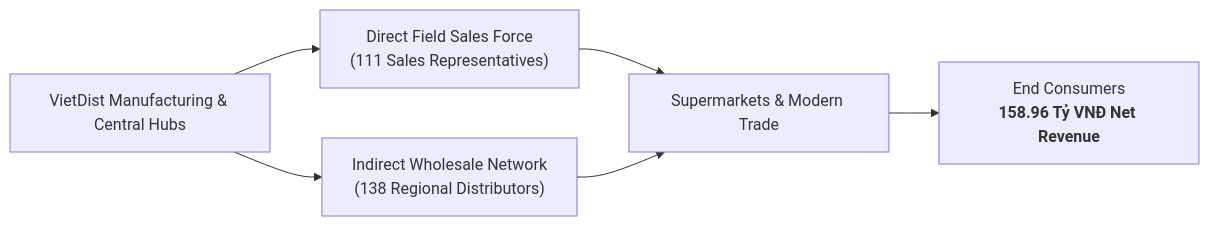
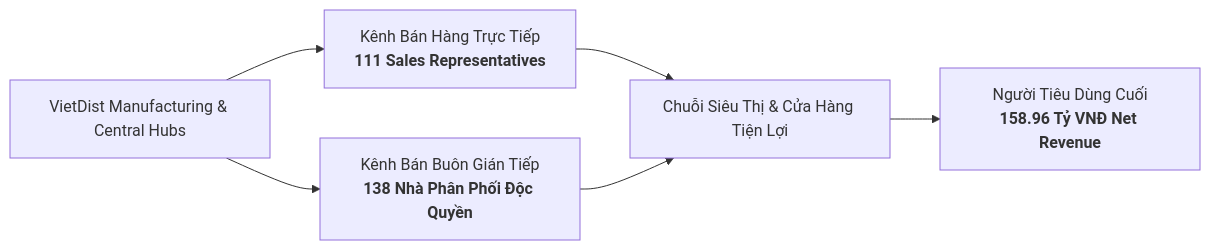
Before and after one commit to thunx280-ctrl/medallion-datapipeline: the first of 5 diagrams in README.md, drawn with Mermaid. The commit also changed other lines of this file, not shown here.

````diff
--- a/README.md
+++ b/README.md
@@ -45,8 +46,8 @@
 ```mermaid
 flowchart LR
-    A["VietDist Manufacturing & Central Hubs"] --> B["Direct Field Sales Force<br/>(111 Sales Representatives)"]
-    A --> C["Indirect Wholesale Network<br/>(138 Regional Distributors)"]
-    B --> D["Supermarkets & Modern Trade"]
+    A["VietDist Manufacturing & Central Hubs"] --> B["Kênh Bán Hàng Trực Tiếp<br/><b>111 Sales Representatives</b>"]
+    A --> C["Kênh Bán Buôn Gián Tiếp<br/><b>138 Nhà Phân Phối Độc Quyền</b>"]
+    B --> D["Chuỗi Siêu Thị & Cửa Hàng Tiện Lợi"]
     C --> D
-    D --> E["End Consumers<br/><b>158.96 Tỷ VNĐ Net Revenue</b>"]
+    D --> E["Người Tiêu Dùng Cuối<br/><b>158.96 Tỷ VNĐ Net Revenue</b>"]
 ```
````
